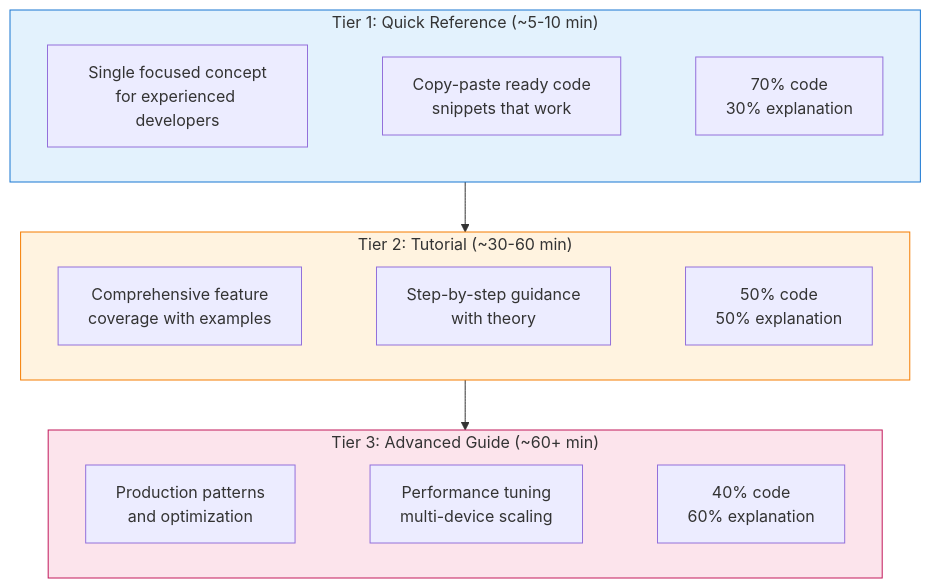
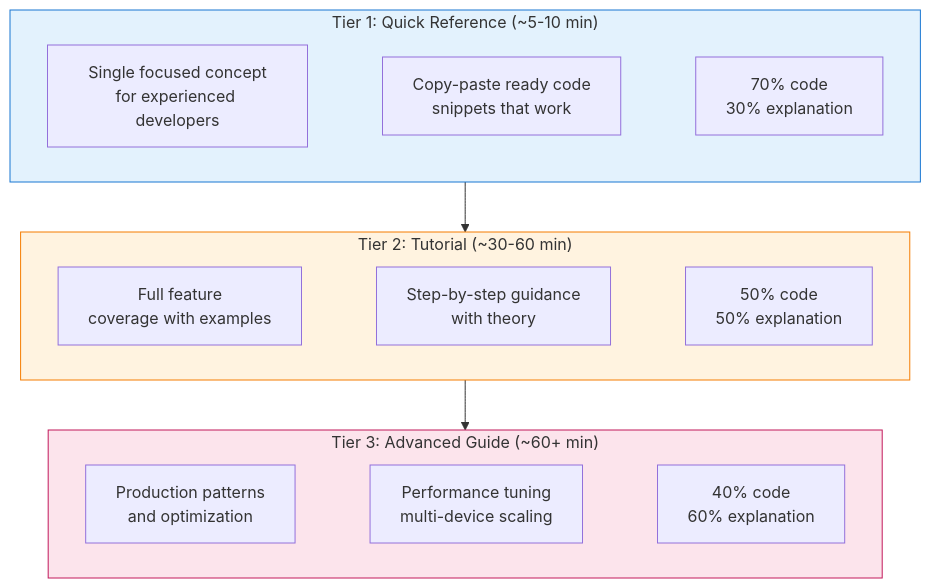
The first of 5 diagrams in docs/development/example_documentation_design.md (avitai/opifex), drawn with Mermaid before and after one commit. The commit also changed other lines of this file and 1082 other files, not shown here.

````diff
--- a/docs/development/example_documentation_design.md
+++ b/docs/development/example_documentation_design.md
@@ -63,23 +63,23 @@
 ```mermaid
 flowchart TB
     subgraph tier1["Tier 1: Quick Reference (~5-10 min)"]
         direction LR
         t1a["Single focused concept<br/>for experienced developers"] ~~~ t1b["Copy-paste ready code<br/>snippets that work"] ~~~ t1c["70% code<br/>30% explanation"]
     end
 
     subgraph tier2["Tier 2: Tutorial (~30-60 min)"]
         direction LR
-        t2a["Comprehensive feature<br/>coverage with examples"] ~~~ t2b["Step-by-step guidance<br/>with theory"] ~~~ t2c["50% code<br/>50% explanation"]
+        t2a["Full feature<br/>coverage with examples"] ~~~ t2b["Step-by-step guidance<br/>with theory"] ~~~ t2c["50% code<br/>50% explanation"]
     end
 
     subgraph tier3["Tier 3: Advanced Guide (~60+ min)"]
         direction LR
         t3a["Production patterns<br/>and optimization"] ~~~ t3b["Performance tuning<br/>multi-device scaling"] ~~~ t3c["40% code<br/>60% explanation"]
     end
 
     tier1 --> tier2 --> tier3
 
     style tier1 fill:#e3f2fd,stroke:#1976d2
     style tier2 fill:#fff3e0,stroke:#f57c00
     style tier3 fill:#fce4ec,stroke:#c2185b
 ```
````
